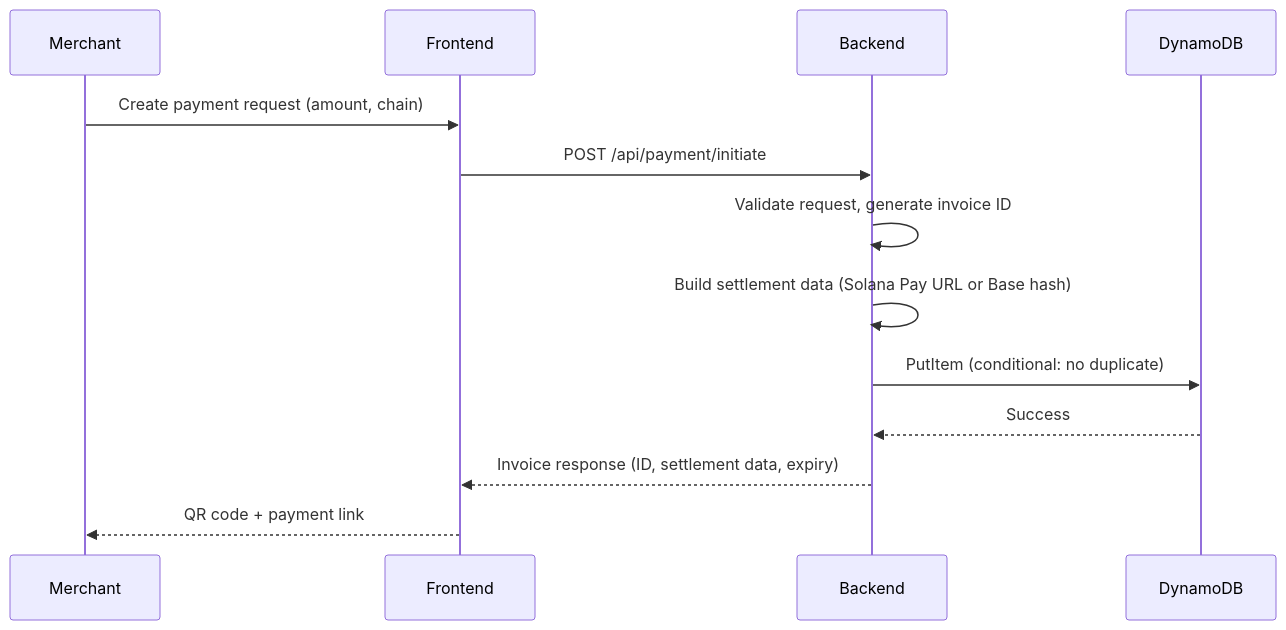
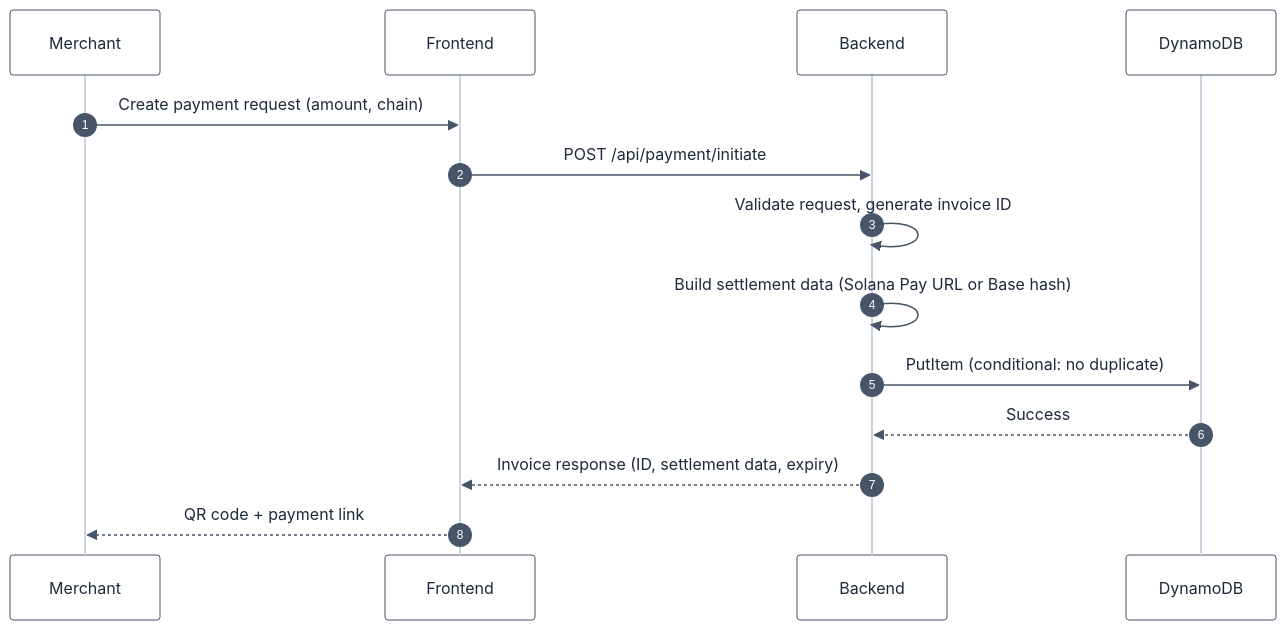
The first of 3 diagrams in architecture.md (nagatejakachapuram/Secant-Pay-Docs), drawn with Mermaid before and after one commit. The commit also changed other lines of this file and 5 other files, not shown here.

Commit message:
Mermaid diagrams for docs

````diff
--- a/architecture.md
+++ b/architecture.md
@@ -120,16 +68,18 @@
 ```mermaid
+%%{init: {'theme':'base','themeVariables':{'primaryColor':'#ffffff','primaryBorderColor':'#64748b','primaryTextColor':'#1e293b','lineColor':'#64748b','actorBkg':'#ffffff','actorBorder':'#475569','actorTextColor':'#1e293b','actorLineColor':'#cbd5e1','signalColor':'#475569','signalTextColor':'#1e293b','noteBkgColor':'#f8fafc','noteBorderColor':'#cbd5e1','noteTextColor':'#334155','activationBkgColor':'#f1f5f9','activationBorderColor':'#94a3b8','sequenceNumberColor':'#ffffff'}}}%%
 sequenceDiagram
+  autonumber
   participant M as Merchant
   participant F as Frontend
   participant B as Backend
   participant DB as DynamoDB
 
   M->>F: Create payment request (amount, chain)
   F->>B: POST /api/payment/initiate
   B->>B: Validate request, generate invoice ID
   B->>B: Build settlement data (Solana Pay URL or Base hash)
   B->>DB: PutItem (conditional: no duplicate)
   DB-->>B: Success
   B-->>F: Invoice response (ID, settlement data, expiry)
   F-->>M: QR code + payment link
 ```
````
